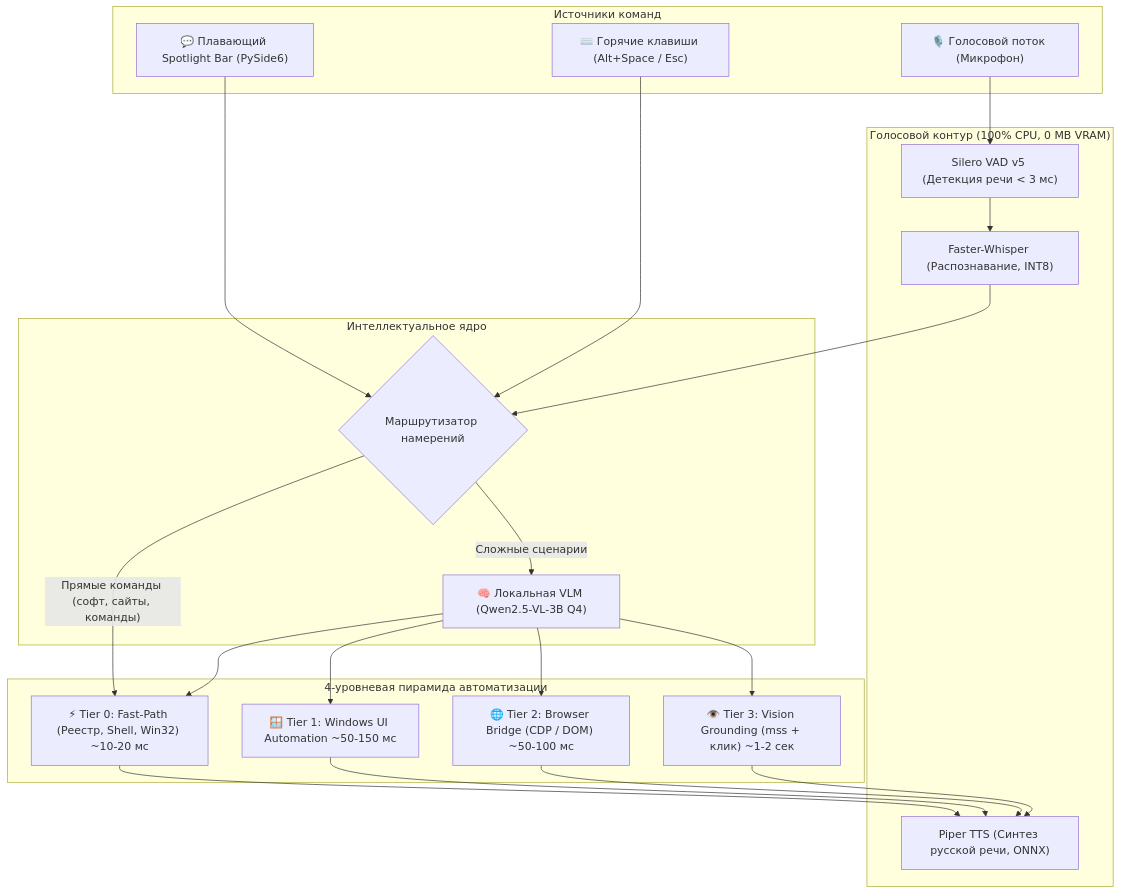
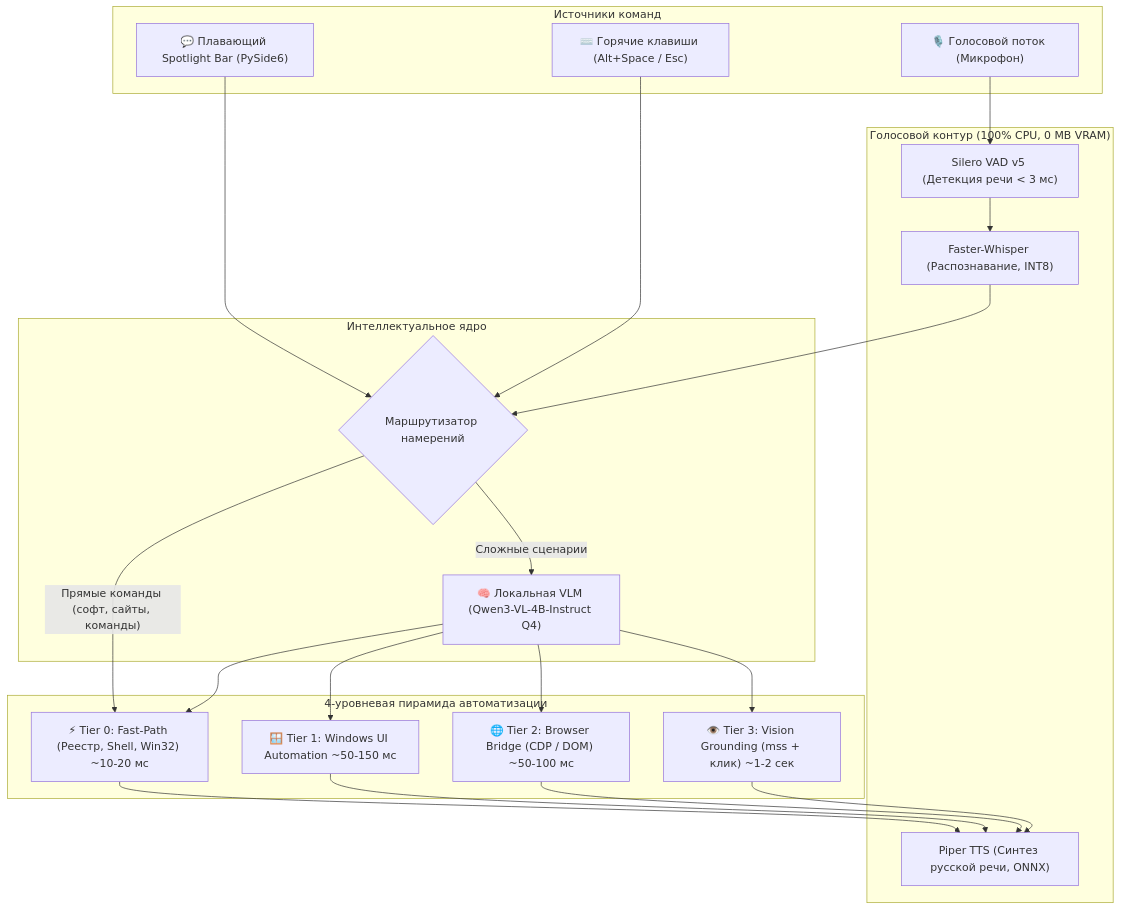
One commit to Gupkagrop/GupkaCommander changed the first of 2 diagrams in README.md. Above: the diagram before and after it, drawn with Mermaid. The commit also changed other lines of this file and 13 other files, not shown here.

Commit message:
feat(vlm): переход на Qwen3-VL-4B-Instruct (Q4_K_M + mmproj Q8_0, 2.81 ГБ)

````diff
--- a/README.md
+++ b/README.md
@@ -47,40 +47,40 @@
 ```mermaid
 flowchart TD
     subgraph Ввод["Источники команд"]
         A1["🎙️ Голосовой поток (Микрофон)"]
         A2["💬 Плавающий Spotlight Bar (PySide6)"]
         A3["⌨️ Горячие клавиши (Alt+Space / Esc)"]
     end
 
     subgraph ГолосовойКонтур["Голосовой контур (100% CPU, 0 MB VRAM)"]
         B1["Silero VAD v5 (Детекция речи < 3 мс)"]
         B2["Faster-Whisper (Распознавание, INT8)"]
         B3["Piper TTS (Синтез русской речи, ONNX)"]
     end
 
     subgraph Маршрутизация["Интеллектуальное ядро"]
         C1{"Маршрутизатор намерений"}
-        C2["🧠 Локальная VLM (Qwen2.5-VL-3B Q4)"]
+        C2["🧠 Локальная VLM (Qwen3-VL-4B-Instruct Q4)"]
     end
 
     subgraph Исполнение["4-уровневая пирамида автоматизации"]
         D0["⚡ Tier 0: Fast-Path (Реестр, Shell, Win32) ~10-20 мс"]
         D1["🪟 Tier 1: Windows UI Automation ~50-150 мс"]
         D2["🌐 Tier 2: Browser Bridge (CDP / DOM) ~50-100 мс"]
         D3["👁️ Tier 3: Vision Grounding (mss + клик) ~1-2 сек"]
     end
 
     A1 --> B1 --> B2 --> C1
     A2 --> C1
     A3 --> C1
 
     C1 -- "Прямые команды (софт, сайты, команды)" --> D0
     C1 -- "Сложные сценарии" --> C2
 
     C2 --> D0
     C2 --> D1
     C2 --> D2
     C2 --> D3
 
     D0 & D1 & D2 & D3 --> B3
 ```
````
